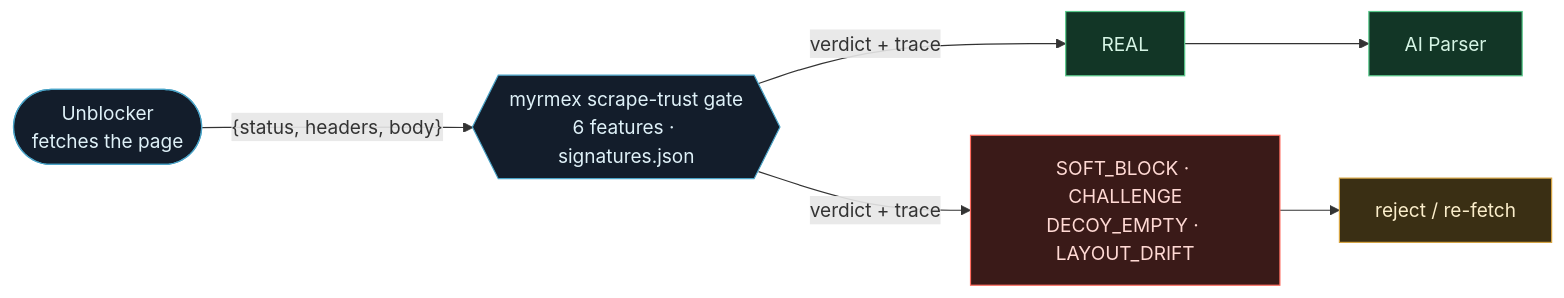
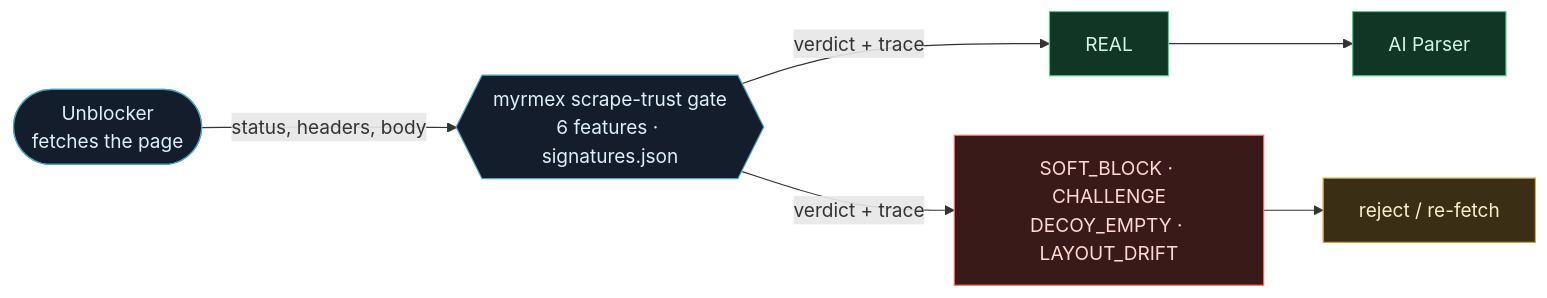
One commit to enchanter-ai/myrmex changed the diagram in README.md. Above: the diagram before and after it, drawn with Mermaid. The commit also changed other lines of this file, not shown here.

Commit message:
fix(docs): repair README Mermaid edge labels and align Origin with sibling convention

````diff
--- a/README.md
+++ b/README.md
@@ -91,18 +89,18 @@
 ```mermaid
 flowchart LR
   classDef u fill:#3a2f14,stroke:#d6a441,color:#fbeecb
   classDef s fill:#123626,stroke:#57c98a,color:#d6f5e5
   classDef d fill:#3a1a18,stroke:#ff6b5e,color:#ffd9d4
   classDef p fill:#131d2b,stroke:#4aa3c7,color:#dff1f8
   A(["Unblocker<br/>fetches the page"]):::p
   G{{"myrmex scrape-trust gate<br/>6 features · signatures.json"}}:::p
   R["REAL"]:::s
   P["AI Parser"]:::s
   X["SOFT_BLOCK · CHALLENGE<br/>DECOY_EMPTY · LAYOUT_DRIFT"]:::d
   Q["reject / re-fetch"]:::u
-  A -->|"{status, headers, body}"| G
-  G -->|verdict + trace| R
-  G -->|verdict + trace| X
+  A -->|"status, headers, body"| G
+  G -->|"verdict + trace"| R
+  G -->|"verdict + trace"| X
   R --> P
   X --> Q
 ```
````
